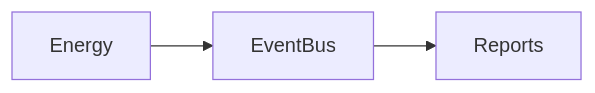
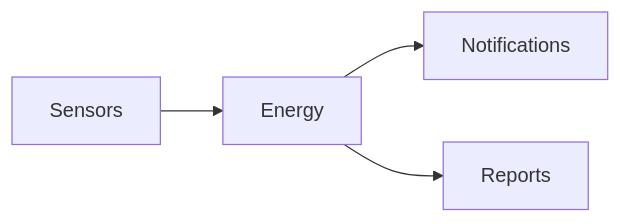
One commit to sameheg/cafeos changed the diagram in ModulesDoc/ENERGY.md. Above: the diagram before and after it, drawn with Mermaid. The commit also changed other lines of this file and 21 other files, not shown here.

````diff
--- a/ModulesDoc/ENERGY.md
+++ b/ModulesDoc/ENERGY.md
@@ -16,5 +16,6 @@
 ```mermaid
 flowchart LR
-  A[Energy] --> B[EventBus]
-  B --> C[Reports]
+  Sensors --> Energy
+  Energy --> Notifications
+  Energy --> Reports
 ```
````
